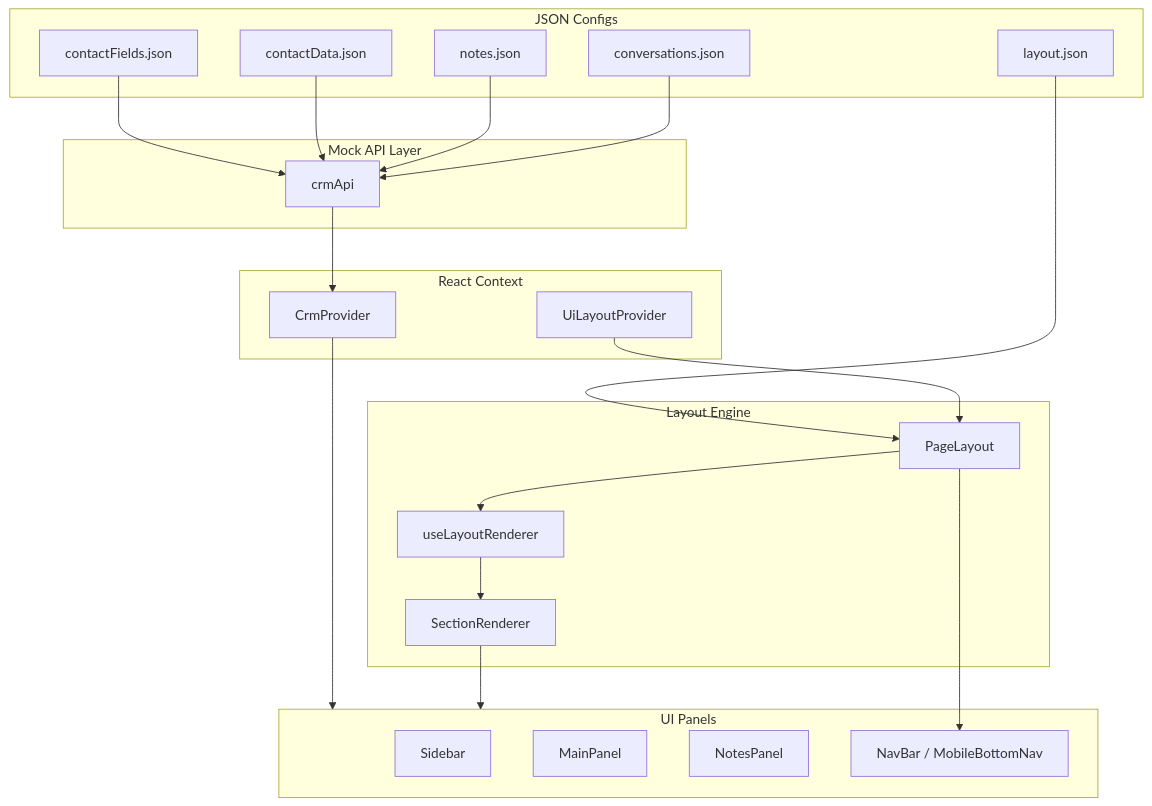
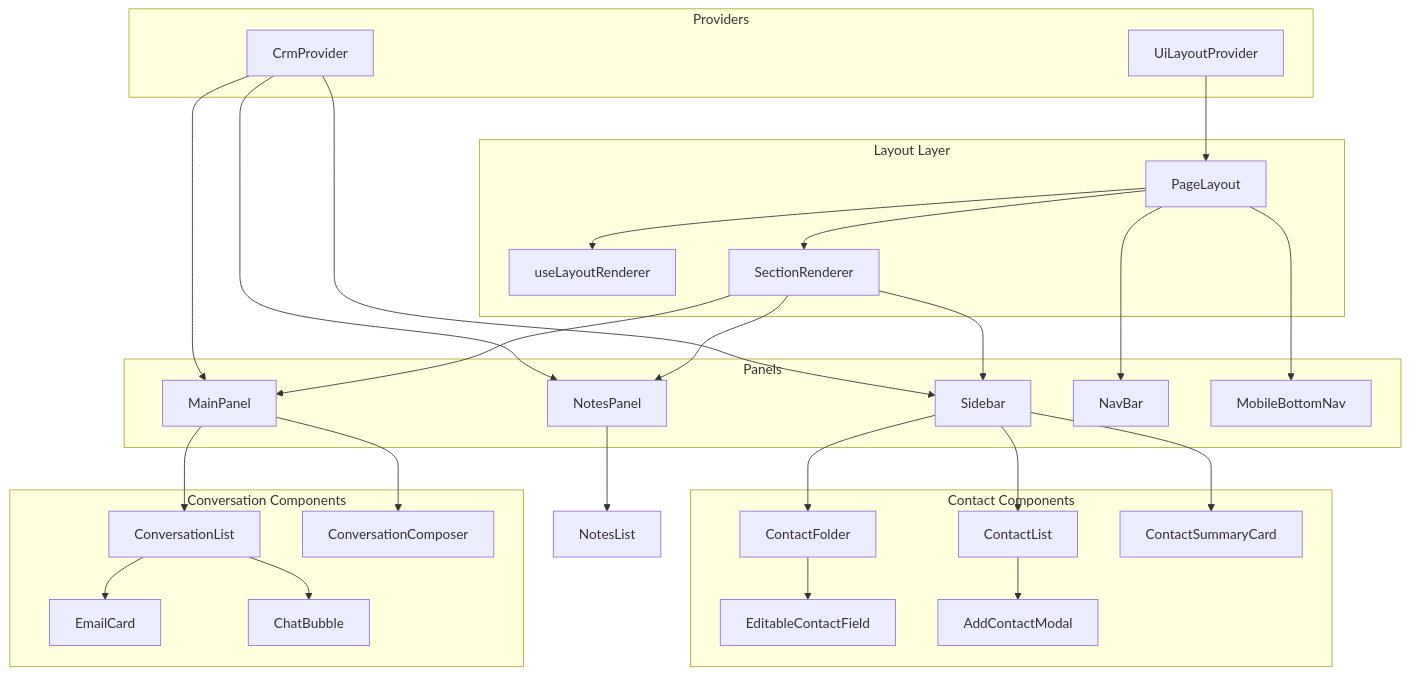
One commit to Vivek2610/config-driven-crm changed the diagram in README.md. Above: the diagram before and after it, drawn with Mermaid. The commit also changed other lines of this file and 29 other files, not shown here.

````diff
--- a/README.md
+++ b/README.md
@@ -292,46 +537,58 @@
 ```mermaid
 flowchart TB
-    subgraph configs [JSON Configs]
-        CF[contactFields.json]
-        CD[contactData.json]
-        NT[notes.json]
-        CV[conversations.json]
-        LY[layout.json]
-    end
-
-    subgraph api [Mock API Layer]
-        API[crmApi]
-    end
-
-    subgraph state [React Context]
+    subgraph providers [Providers]
         UI[UiLayoutProvider]
         CRM[CrmProvider]
     end
 
-    subgraph layout [Layout Engine]
+    subgraph layout [Layout Layer]
+        PL[PageLayout]
         ULR[useLayoutRenderer]
-        PL[PageLayout]
         SR[SectionRenderer]
     end
 
-    subgraph panels [UI Panels]
+    subgraph panels [Panels]
         SB[Sidebar]
         MP[MainPanel]
         NP[NotesPanel]
-        NB[NavBar / MobileBottomNav]
+        NB[NavBar]
+        MBN[MobileBottomNav]
     end
 
-    CF --> API
-    CD --> API
-    NT --> API
-    CV --> API
-    LY --> PL
+    subgraph contact [Contact Components]
+        CL[ContactList]
+        CF[ContactFolder]
+        ECF[EditableContactField]
+        CSC[ContactSummaryCard]
+        ACM[AddContactModal]
+    end
 
-    API --> CRM
+    subgraph conv [Conversation Components]
+        CL2[ConversationList]
+        EB[EmailCard]
+        CB[ChatBubble]
+        CC[ConversationComposer]
+    end
+
     UI --> PL
-    CRM --> panels
+    CRM --> SB
+    CRM --> MP
+    CRM --> NP
     PL --> ULR
-    ULR --> SR
-    SR --> panels
+    PL --> SR
     PL --> NB
+    PL --> MBN
+    SR --> SB
+    SR --> MP
+    SR --> NP
+    SB --> CL
+    SB --> CF
+    SB --> CSC
+    CF --> ECF
+    CL --> ACM
+    MP --> CL2
+    MP --> CC
+    CL2 --> EB
+    CL2 --> CB
+    NP --> NotesList[NotesList]
 ```
````
